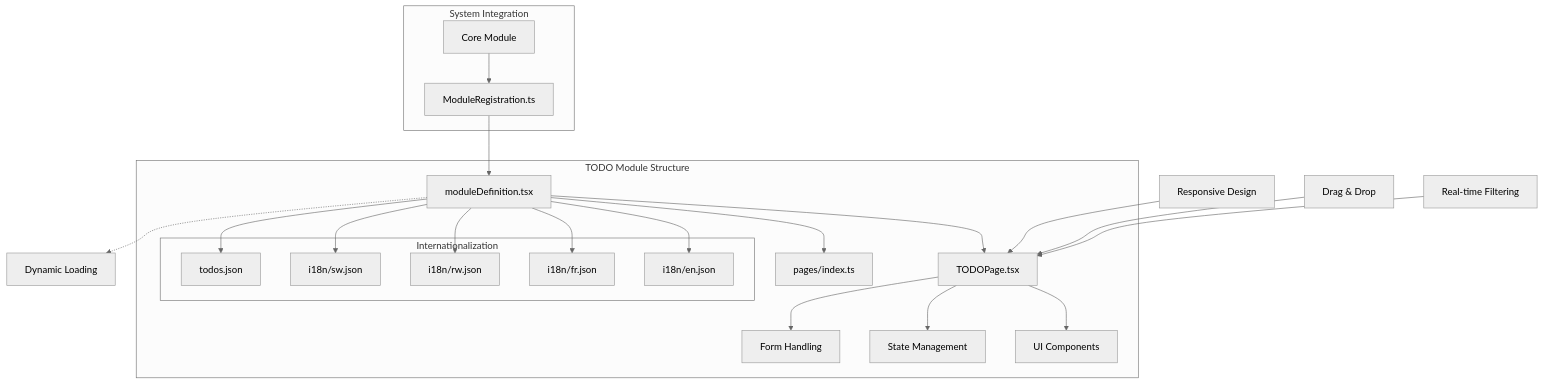
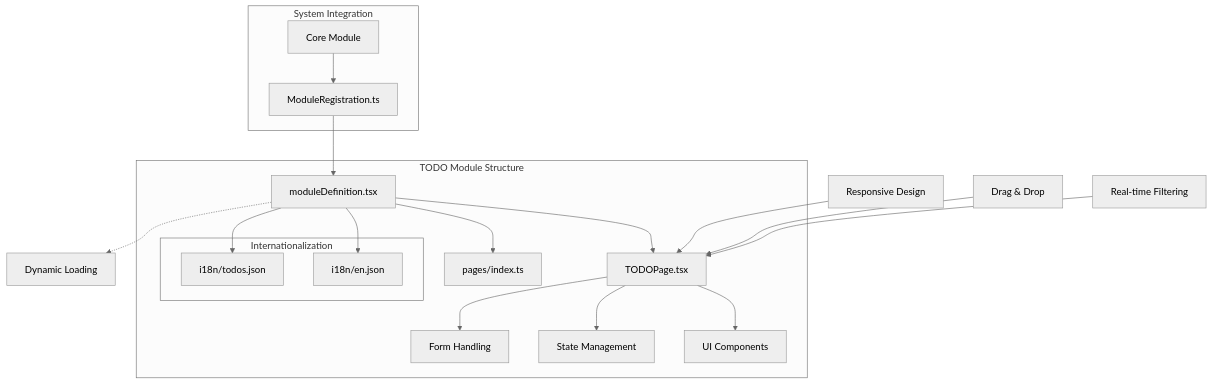
Before and after one commit to geniusdynamics/schoolpilot: the first of 10 diagrams in .qoder/repowiki/en/content/Modules System/TODO Module.md, drawn with Mermaid (neutral theme). The commit also changed other lines of this file and 54 other files, not shown here.

````diff
--- a/.qoder/repowiki/en/content/Modules System/TODO Module.md
+++ b/.qoder/repowiki/en/content/Modules System/TODO Module.md
@@ -48,30 +44,24 @@
 ```mermaid
 graph TB
 subgraph "TODO Module Structure"
 A[moduleDefinition.tsx] --> B[TODOPage.tsx]
 A --> C[pages/index.ts]
 B --> D[UI Components]
 B --> E[State Management]
 B --> F[Form Handling]
 subgraph "Internationalization"
 G[i18n/en.json]
-H[i18n/fr.json]
-I[i18n/rw.json]
-J[i18n/sw.json]
-K[todos.json]
+H[i18n/todos.json]
 end
 A --> G
 A --> H
-A --> I
-A --> J
-A --> K
 end
 subgraph "System Integration"
-L[ModuleRegistration.ts] --> A
-M[Core Module] --> L
+I[ModuleRegistration.ts] --> A
+J[Core Module] --> I
 end
-A -.-> N[Dynamic Loading]
-O[Responsive Design] --> B
-P[Drag & Drop] --> B
-Q[Real-time Filtering] --> B
+A -.-> K[Dynamic Loading]
+L[Responsive Design] --> B
+M[Drag & Drop] --> B
+N[Real-time Filtering] --> B
 ```
````
